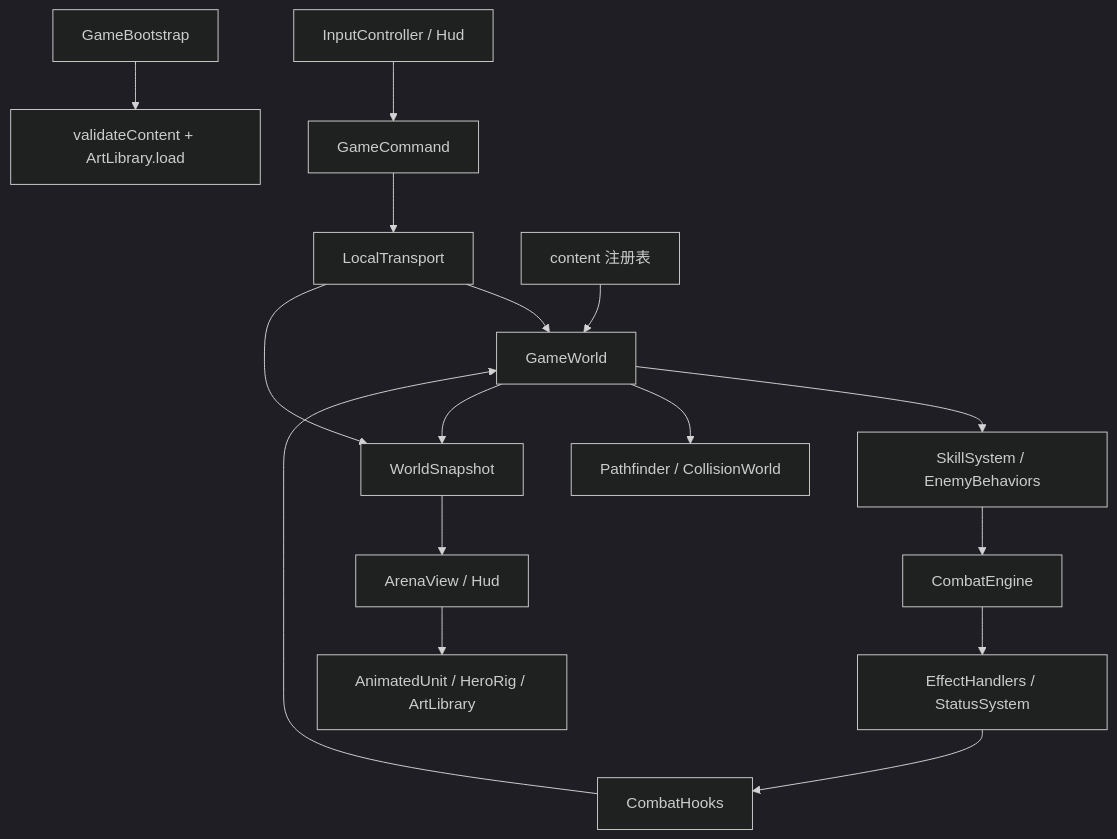
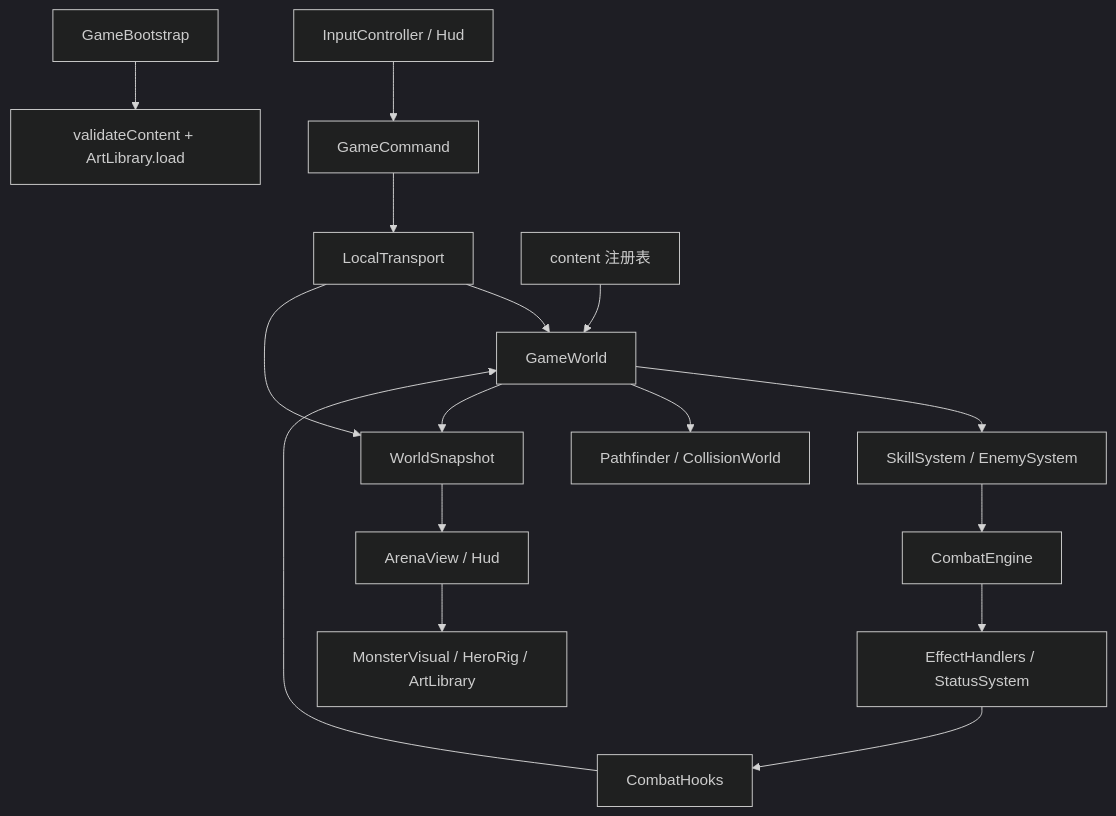
The first of 2 diagrams in docs/ARCHITECTURE.md (Amptyz/Odyssey), drawn with Mermaid (dark theme) before and after one commit. The commit also changed other lines of this file and 136 other files, not shown here.

````diff
--- a/docs/ARCHITECTURE.md
+++ b/docs/ARCHITECTURE.md
@@ -54,18 +60,18 @@
 ```mermaid
 flowchart TD
   B[GameBootstrap] --> V[validateContent + ArtLibrary.load]
   I[InputController / Hud] --> C[GameCommand]
   C --> L[LocalTransport]
   L --> W[GameWorld]
   D[content 注册表] --> W
-  W --> S[SkillSystem / EnemyBehaviors]
+  W --> S[SkillSystem / EnemySystem]
   W --> N[Pathfinder / CollisionWorld]
   S --> E[CombatEngine]
   E --> F[EffectHandlers / StatusSystem]
   F --> H[CombatHooks]
   H --> W
   W --> P[WorldSnapshot]
   L --> P
   P --> R[ArenaView / Hud]
-  R --> A[AnimatedUnit / HeroRig / ArtLibrary]
+  R --> A[MonsterVisual / HeroRig / ArtLibrary]
 ```
````
